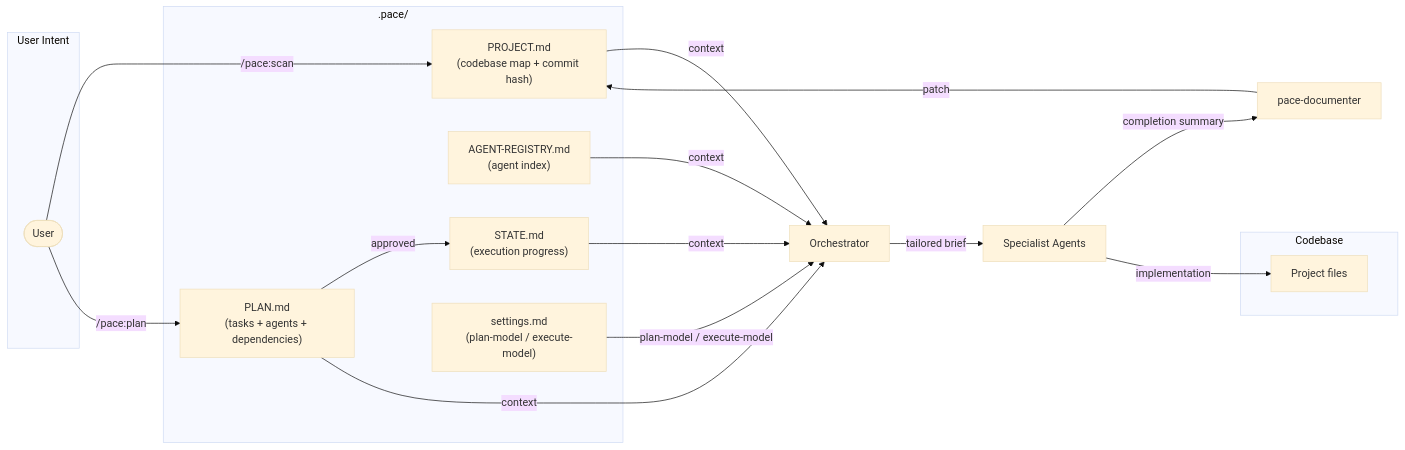
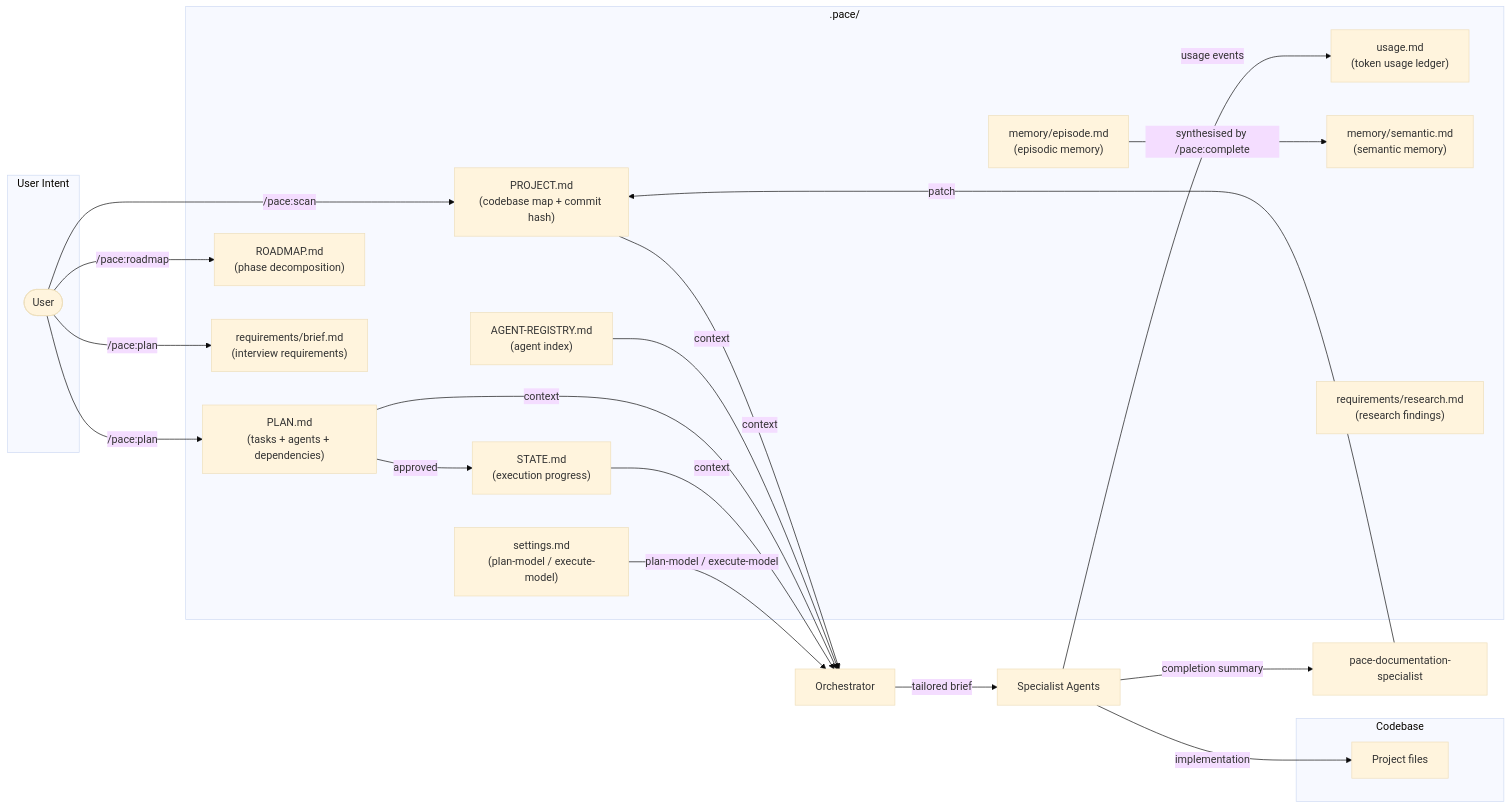
The fourth of 6 diagrams in docs/architecture.md (jwprichard/pace), drawn with Mermaid (base theme) before and after one commit. The commit also changed other lines of this file, not shown here.

Commit message:
Update docs/architecture.md to fix agent names and add missing command flows

````diff
--- a/docs/architecture.md
+++ b/docs/architecture.md
@@ -90,28 +100,38 @@
 ```mermaid
 flowchart LR
     subgraph inputs["User Intent"]
         user(["User"])
     end
 
     subgraph runtime[".pace/"]
         project["PROJECT.md\n(codebase map + commit hash)"]
         registry["AGENT-REGISTRY.md\n(agent index)"]
         plan["PLAN.md\n(tasks + agents + dependencies)"]
         state["STATE.md\n(execution progress)"]
         settings["settings.md\n(plan-model / execute-model)"]
+        usagemd["usage.md\n(token usage ledger)"]
+        roadmapmd["ROADMAP.md\n(phase decomposition)"]
+        episode["memory/episode.md\n(episodic memory)"]
+        semantic["memory/semantic.md\n(semantic memory)"]
+        brief["requirements/brief.md\n(interview requirements)"]
+        research["requirements/research.md\n(research findings)"]
     end
 
     subgraph outputs["Codebase"]
         code["Project files"]
     end
 
     user -->|"/pace:scan"| project
+    user -->|"/pace:roadmap"| roadmapmd
     user -->|"/pace:plan"| plan
+    user -->|"/pace:plan"| brief
     plan -->|approved| state
     project & registry & plan & state -->|context| orchestrator["Orchestrator"]
     settings -->|plan-model / execute-model| orchestrator
     orchestrator -->|tailored brief| specialists["Specialist Agents"]
-    specialists -->|completion summary| documenter["pace-documenter"]
+    specialists -->|completion summary| docspec["pace-documentation-specialist"]
     specialists -->|implementation| code
-    documenter -->|patch| project
+    docspec -->|patch| project
+    specialists -->|usage events| usagemd
+    episode -->|synthesised by /pace:complete| semantic
 ```
````
